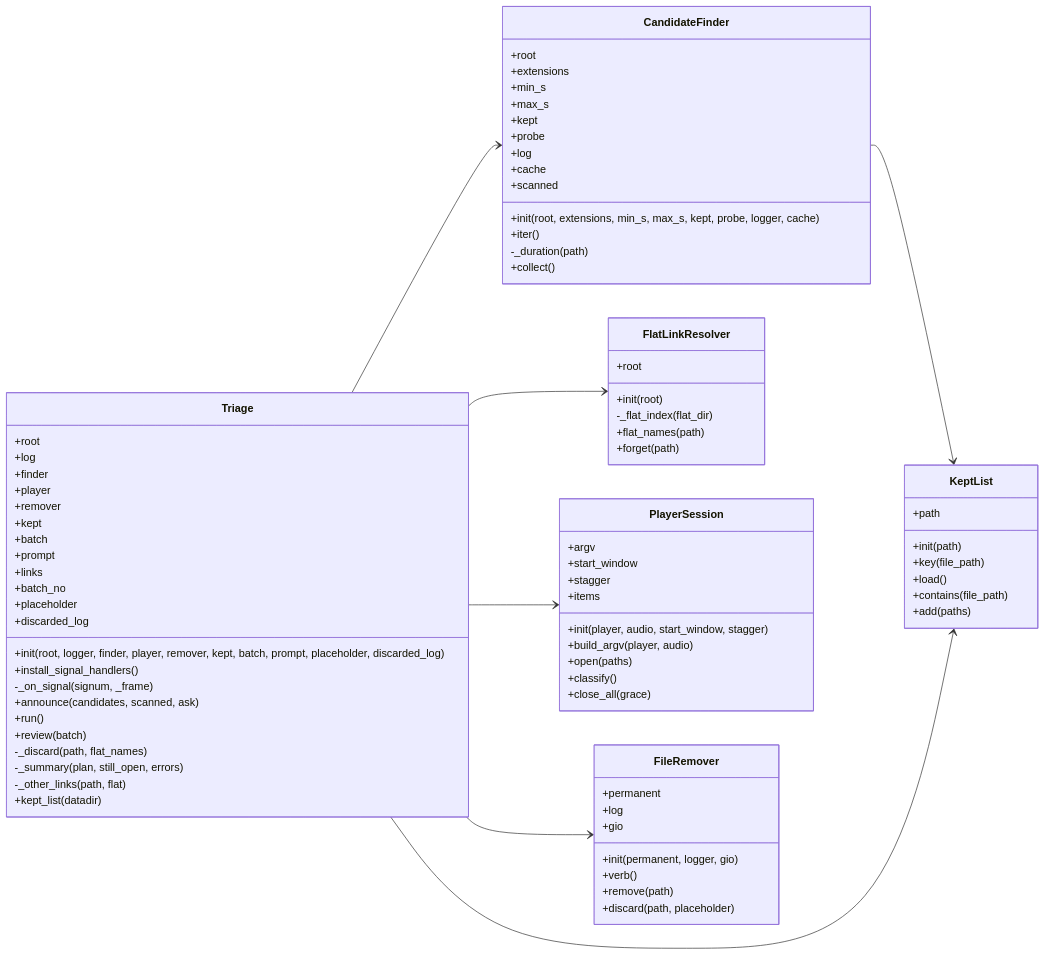
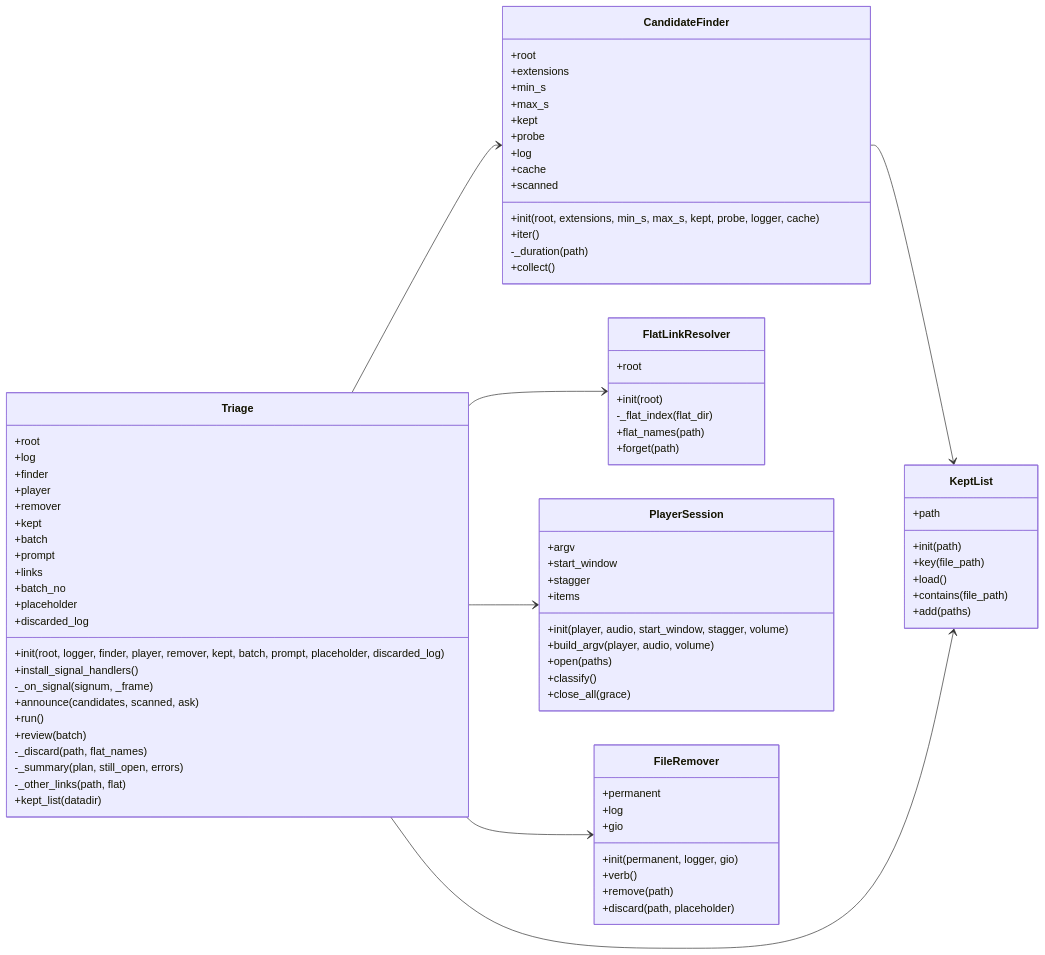
One commit to peddanet/mediatools changed the diagram in docs/img/uml_triage.mmd. Above: the diagram before and after it, drawn with Mermaid. The commit also changed 42 other files, not shown here.

```diff
--- a/docs/img/uml_triage.mmd
+++ b/docs/img/uml_triage.mmd
@@ -1,82 +1,82 @@
 classDiagram
   direction LR
   class CandidateFinder {
     +root
     +extensions
     +min_s
     +max_s
     +kept
     +probe
     +log
     +cache
     +scanned
     +init(root, extensions, min_s, max_s, kept, probe, logger, cache)
     +iter()
     -_duration(path)
     +collect()
   }
   class KeptList {
     +path
     +init(path)
     +key(file_path)
     +load()
     +contains(file_path)
     +add(paths)
   }
   class FlatLinkResolver {
     +root
     +init(root)
     -_flat_index(flat_dir)
     +flat_names(path)
     +forget(path)
   }
   class PlayerSession {
     +argv
     +start_window
     +stagger
     +items
-    +init(player, audio, start_window, stagger)
-    +build_argv(player, audio)
+    +init(player, audio, start_window, stagger, volume)
+    +build_argv(player, audio, volume)
     +open(paths)
     +classify()
     +close_all(grace)
   }
   class FileRemover {
     +permanent
     +log
     +gio
     +init(permanent, logger, gio)
     +verb()
     +remove(path)
     +discard(path, placeholder)
   }
   class Triage {
     +root
     +log
     +finder
     +player
     +remover
     +kept
     +batch
     +prompt
     +links
     +batch_no
     +placeholder
     +discarded_log
     +init(root, logger, finder, player, remover, kept, batch, prompt, placeholder, discarded_log)
     +install_signal_handlers()
     -_on_signal(signum, _frame)
     +announce(candidates, scanned, ask)
     +run()
     +review(batch)
     -_discard(path, flat_names)
     -_summary(plan, still_open, errors)
     -_other_links(path, flat)
     +kept_list(datadir)
   }
   CandidateFinder --> KeptList
   Triage --> CandidateFinder
   Triage --> FileRemover
   Triage --> FlatLinkResolver
   Triage --> KeptList
   Triage --> PlayerSession
```
